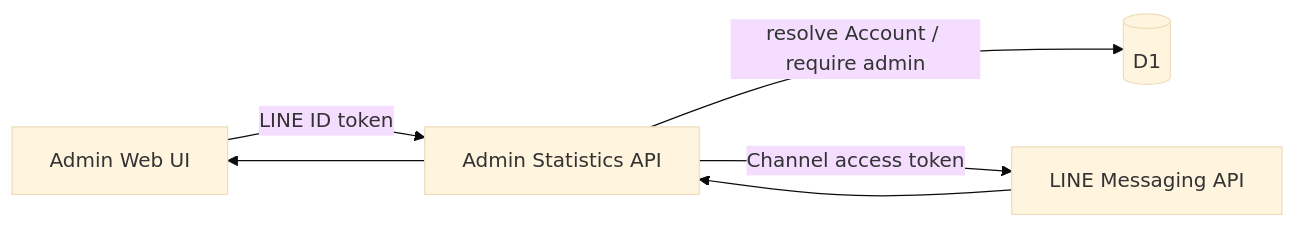
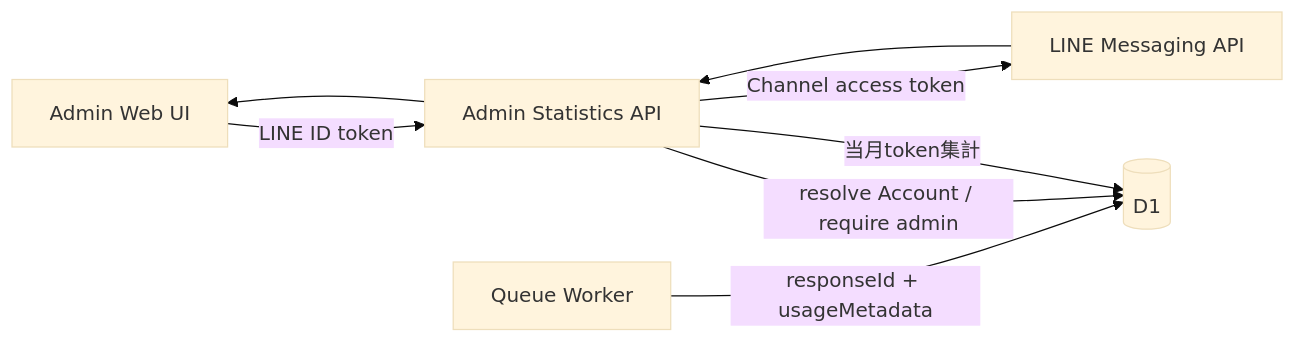
The diagram in docs/architecture/admin-statistics-dashboard.md (kkyosuke/me-builder), drawn with Mermaid (base theme) before and after one commit. The commit also changed other lines of this file and 28 other files, not shown here.

````diff
--- a/docs/architecture/admin-statistics-dashboard.md
+++ b/docs/architecture/admin-statistics-dashboard.md
@@ -39,8 +46,10 @@
 ```mermaid
 flowchart LR
     A[Admin Web UI] -->|LINE ID token| API[Admin Statistics API]
     API -->|resolve Account / require admin| D1[(D1)]
+    W[Queue Worker] -->|responseId + usageMetadata| D1
+    API -->|当月token集計| D1
     API -->|Channel access token| LINE[LINE Messaging API]
     LINE --> API
     API --> A
 ```
````
